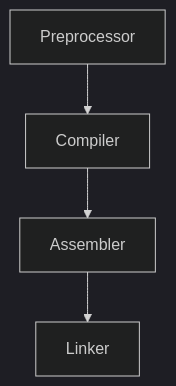
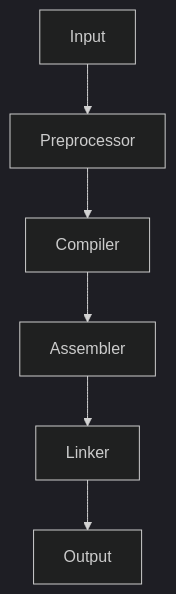
Before and after one commit to amirmasp/amirCounter: the diagram in README.md, drawn with Mermaid (dark theme).

````diff
--- a/README.md
+++ b/README.md
@@ -23,7 +23,9 @@
 ```mermaid
 graph TD;
+    Input-->Preprocessor ;
     Preprocessor-->Compiler;
     Compiler-->Assembler ;
     Assembler-->Linker;
+    Linker-->Output ;
     
 ```
````
